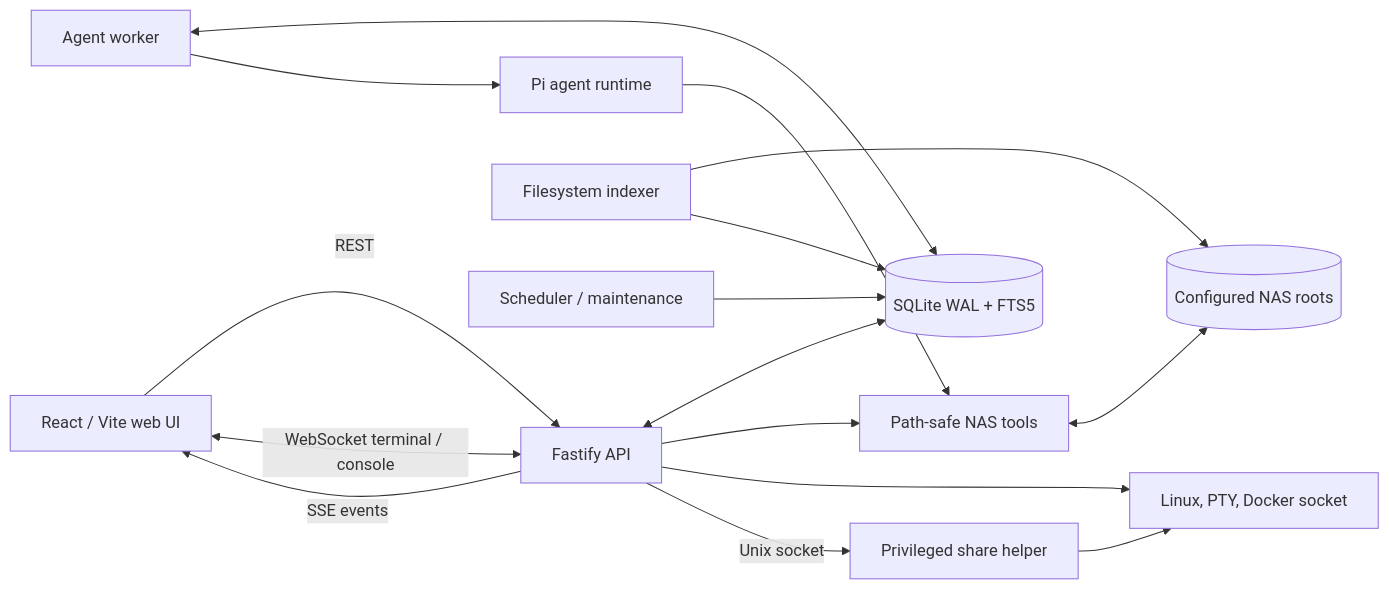
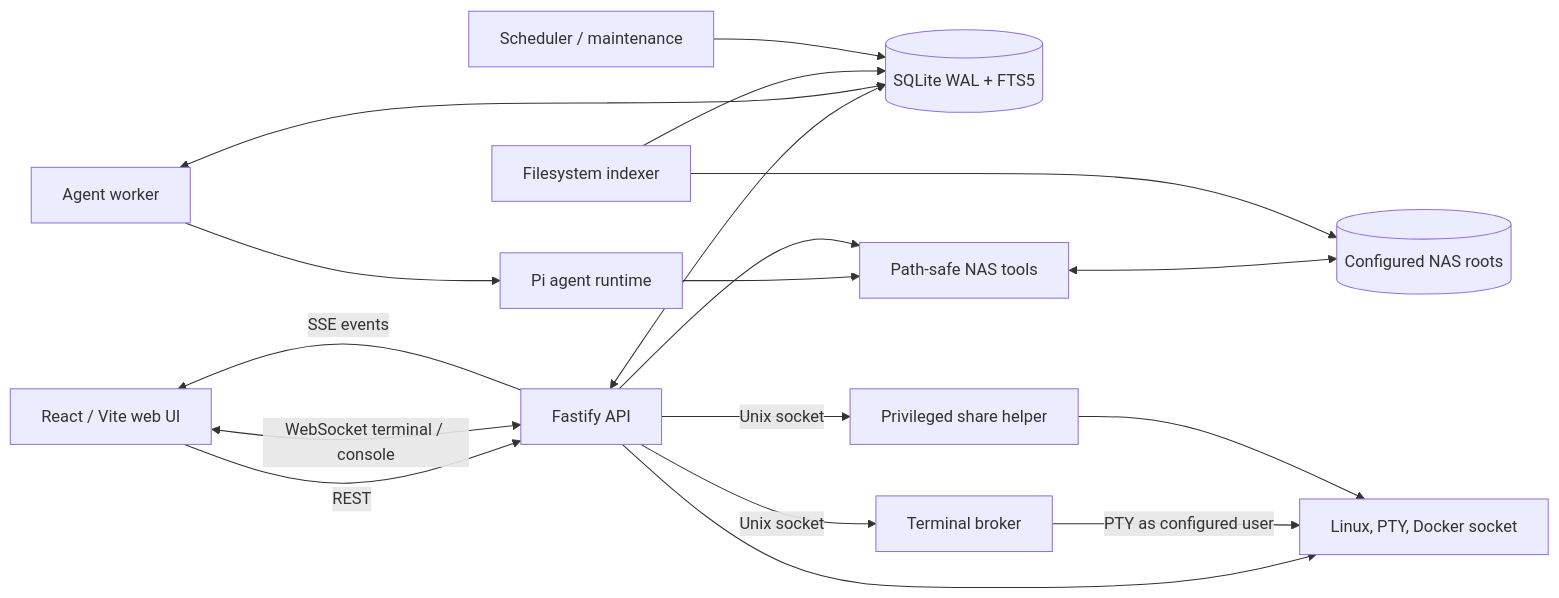
The diagram in README.md (zhubby/SigmaOS), drawn with Mermaid before and after one commit. The commit also changed other lines of this file and 36 other files, not shown here.

Commit message:
feat(terminal): run web shells as configured host user

````diff
--- a/README.md
+++ b/README.md
@@ -69,30 +69,32 @@
 ```mermaid
 flowchart LR
   Browser["React / Vite web UI"]
   API["Fastify API"]
   DB[("SQLite WAL + FTS5")]
   Worker["Agent worker"]
   Agent["Pi agent runtime"]
   Indexer["Filesystem indexer"]
   Scheduler["Scheduler / maintenance"]
   Tools["Path-safe NAS tools"]
   Roots[("Configured NAS roots")]
   Host["Linux, PTY, Docker socket"]
   Helper["Privileged share helper"]
 
   Browser -->|REST| API
   API -->|SSE events| Browser
   Browser <-->|WebSocket terminal / console| API
   API <--> DB
   Worker <--> DB
   Worker --> Agent
   Agent --> Tools
   API --> Tools
   Tools <--> Roots
   Indexer --> Roots
   Indexer --> DB
   Scheduler --> DB
   API --> Host
+  API -->|Unix socket| TerminalBroker[Terminal broker]
+  TerminalBroker -->|PTY as configured user| Host
   API -->|Unix socket| Helper
   Helper --> Host
 ```
````
